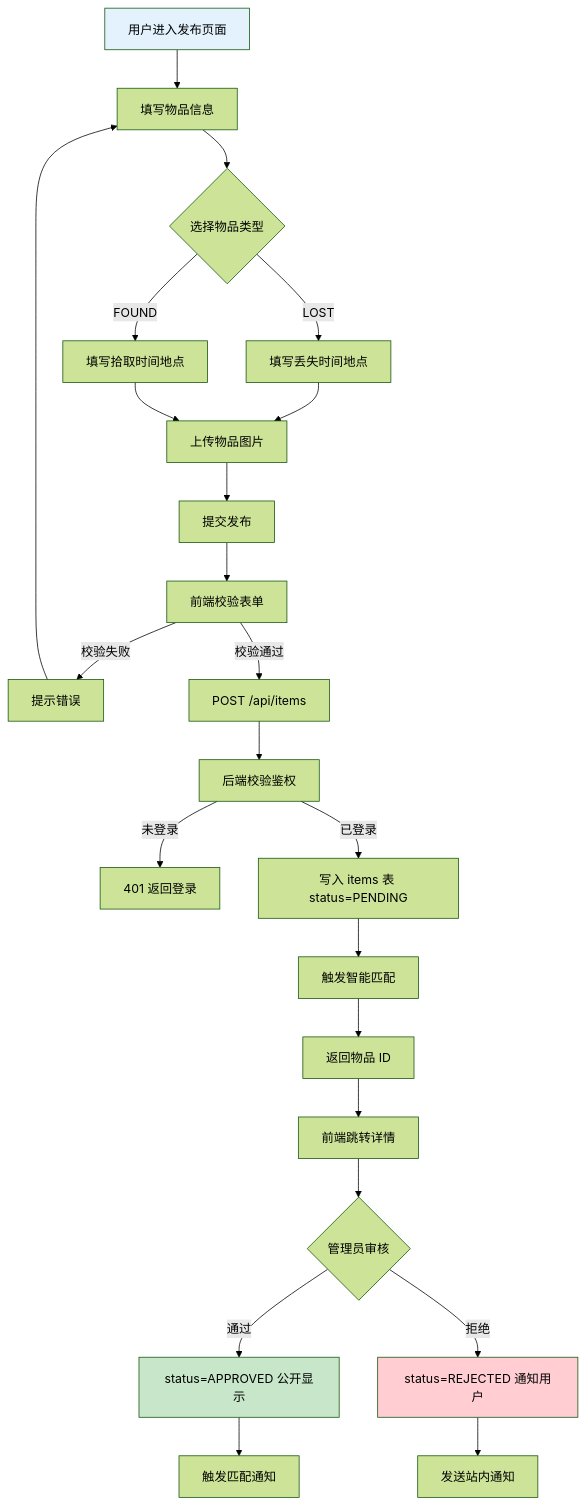
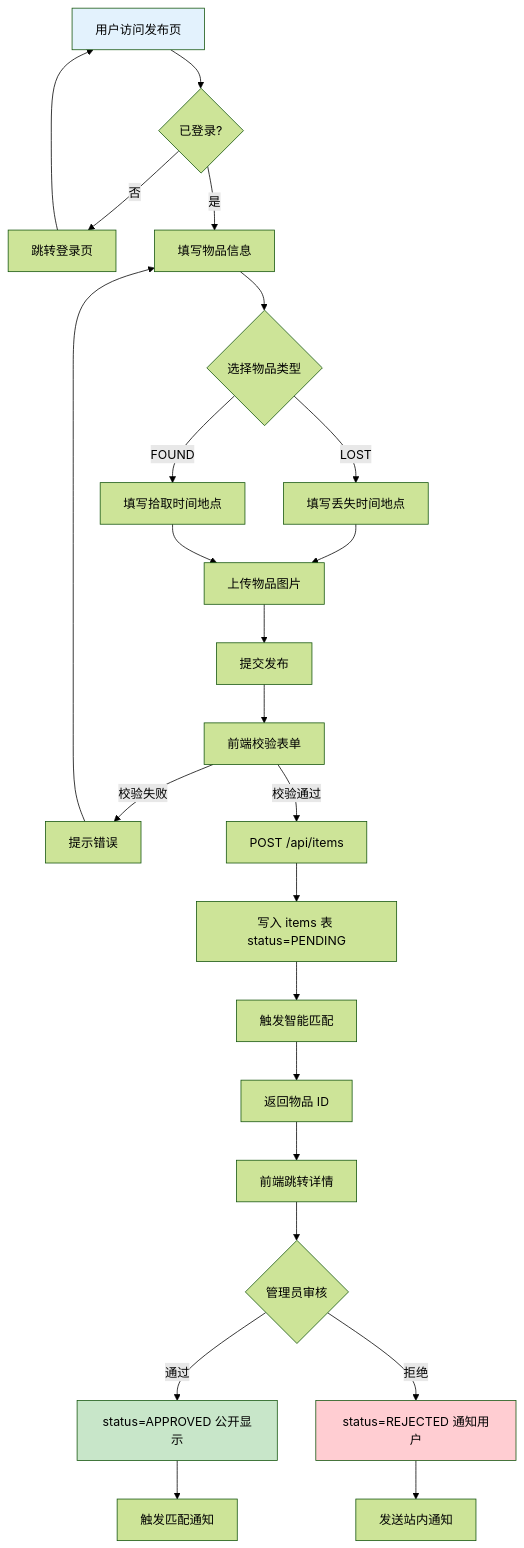
Before and after one commit to zwj-3193655211/campus-LostandFound: the ninth of 30 diagrams in docs/项目图表.md, drawn with Mermaid (forest theme). The commit also changed other lines of this file, not shown here.

Commit message:
docs: 修正物品发布流程图，添加登录前置检查

````diff
--- a/docs/项目图表.md
+++ b/docs/项目图表.md
@@ -551,28 +549,29 @@
 ```mermaid
 flowchart TD
-    A[用户进入发布页面] --> B[填写物品信息]
-    B --> C{选择物品类型}
-    C -->|LOST| D[填写丢失时间地点]
-    C -->|FOUND| E[填写拾取时间地点]
-    D --> F[上传物品图片]
-    E --> F
-    F --> G[提交发布]
-    G --> H[前端校验表单]
-    H -->|校验失败| I[提示错误] --> B
-    H -->|校验通过| J[POST /api/items]
-    J --> K[后端校验鉴权]
-    K -->|未登录| L[401 返回登录]
-    K -->|已登录| M[写入 items 表 status=PENDING]
-    M --> N[触发智能匹配]
-    N --> O[返回物品 ID]
-    O --> P[前端跳转详情]
-    P --> Q{管理员审核}
-    Q -->|通过| R[status=APPROVED 公开显示]
-    Q -->|拒绝| S[status=REJECTED 通知用户]
-    R --> T[触发匹配通知]
-    S --> U[发送站内通知]
+    A[用户访问发布页] --> B{已登录?}
+    B -->|否| L[跳转登录页]
+    L --> A
+    B -->|是| C[填写物品信息]
+    C --> D{选择物品类型}
+    D -->|LOST| E[填写丢失时间地点]
+    D -->|FOUND| F[填写拾取时间地点]
+    E --> G[上传物品图片]
+    F --> G
+    G --> H[提交发布]
+    H --> I[前端校验表单]
+    I -->|校验失败| J[提示错误] --> C
+    I -->|校验通过| K[POST /api/items]
+    K --> L2[写入 items 表 status=PENDING]
+    L2 --> M[触发智能匹配]
+    M --> N[返回物品 ID]
+    N --> O[前端跳转详情]
+    O --> P{管理员审核}
+    P -->|通过| Q[status=APPROVED 公开显示]
+    P -->|拒绝| R[status=REJECTED 通知用户]
+    Q --> S[触发匹配通知]
+    R --> T[发送站内通知]
 
     style A fill:#e3f2fd
-    style R fill:#c8e6c9
-    style S fill:#ffcdd2
+    style Q fill:#c8e6c9
+    style R fill:#ffcdd2
 ```
````
